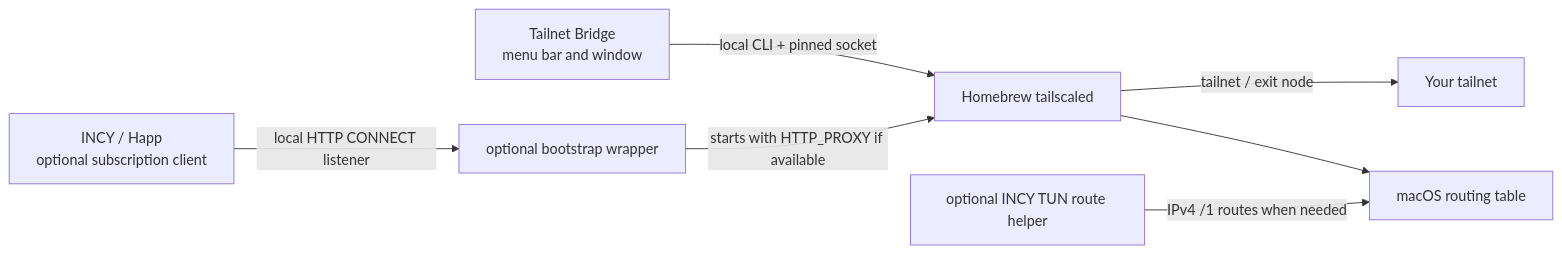
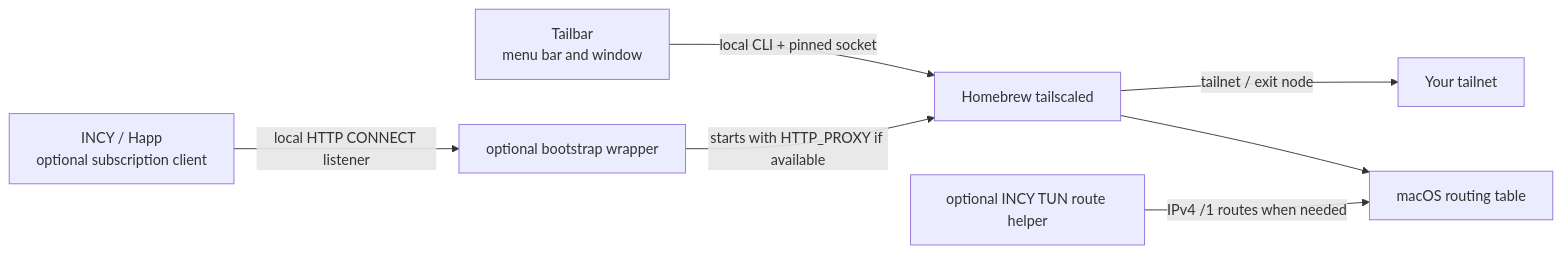
Before and after one commit to s1ttt/tailbar-macos: the diagram in README.md, drawn with Mermaid. The commit also changed other lines of this file and 27 other files, not shown here.

````diff
--- a/README.md
+++ b/README.md
@@ -62,9 +66,9 @@
 ```mermaid
 flowchart LR
-    UI["Tailnet Bridge<br/>menu bar and window"] -->|local CLI + pinned socket| TS["Homebrew tailscaled"]
+    UI["Tailbar<br/>menu bar and window"] -->|local CLI + pinned socket| TS["Homebrew tailscaled"]
     Client["INCY / Happ<br/>optional subscription client"] -->|local HTTP CONNECT listener| Wrapper["optional bootstrap wrapper"]
     Wrapper -->|starts with HTTP_PROXY if available| TS
     TS -->|tailnet / exit node| Net["Your tailnet"]
     Helper["optional INCY TUN route helper"] -->|IPv4 /1 routes when needed| Routes["macOS routing table"]
     TS --> Routes
 ```
````
